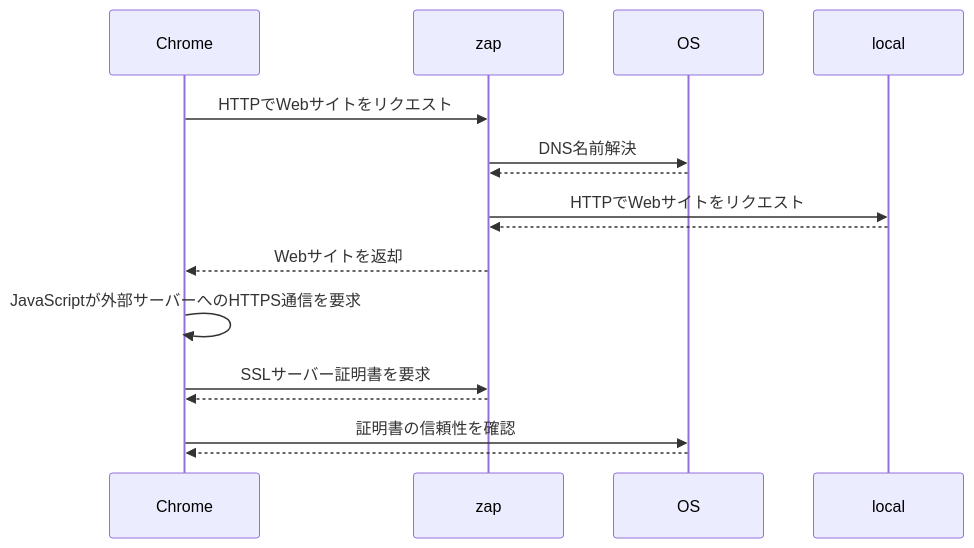
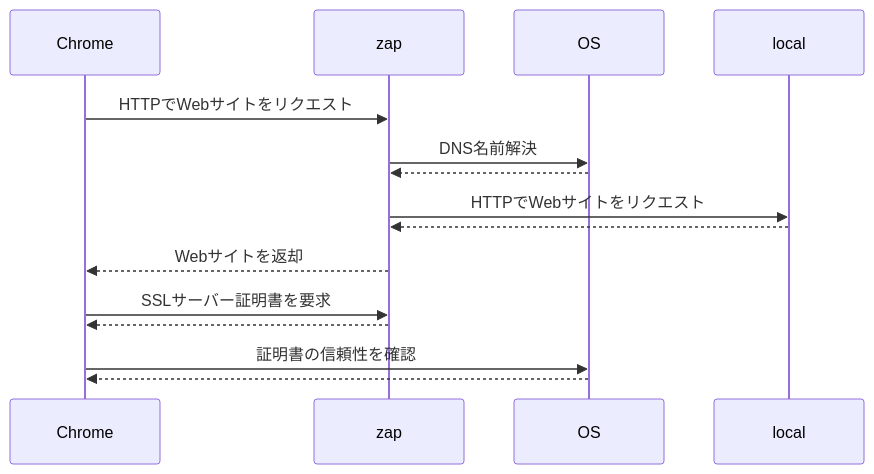
One commit to xhiroga/zenn-content changed the diagram in articles/owasp-zap-localhost-subdomain.md. Above: the diagram before and after it, drawn with Mermaid.

Commit message:
chore: ループ無くしてみる

````diff
--- a/articles/owasp-zap-localhost-subdomain.md
+++ b/articles/owasp-zap-localhost-subdomain.md
@@ -44,14 +44,14 @@
 ```mermaid
 sequenceDiagram
     Chrome->>zap: HTTPでWebサイトをリクエスト
     zap->>OS: DNS名前解決
     OS-->>zap: 
     zap->>local: HTTPでWebサイトをリクエスト
     local-->>zap: 
     zap-->>Chrome: Webサイトを返却
-    Chrome->>Chrome: JavaScriptが外部サーバーへのHTTPS通信を要求
     Chrome->>zap: SSLサーバー証明書を要求
     zap-->>Chrome: 
     Chrome->>OS: 証明書の信頼性を確認
     OS-->>Chrome: 
+
 ```
````
